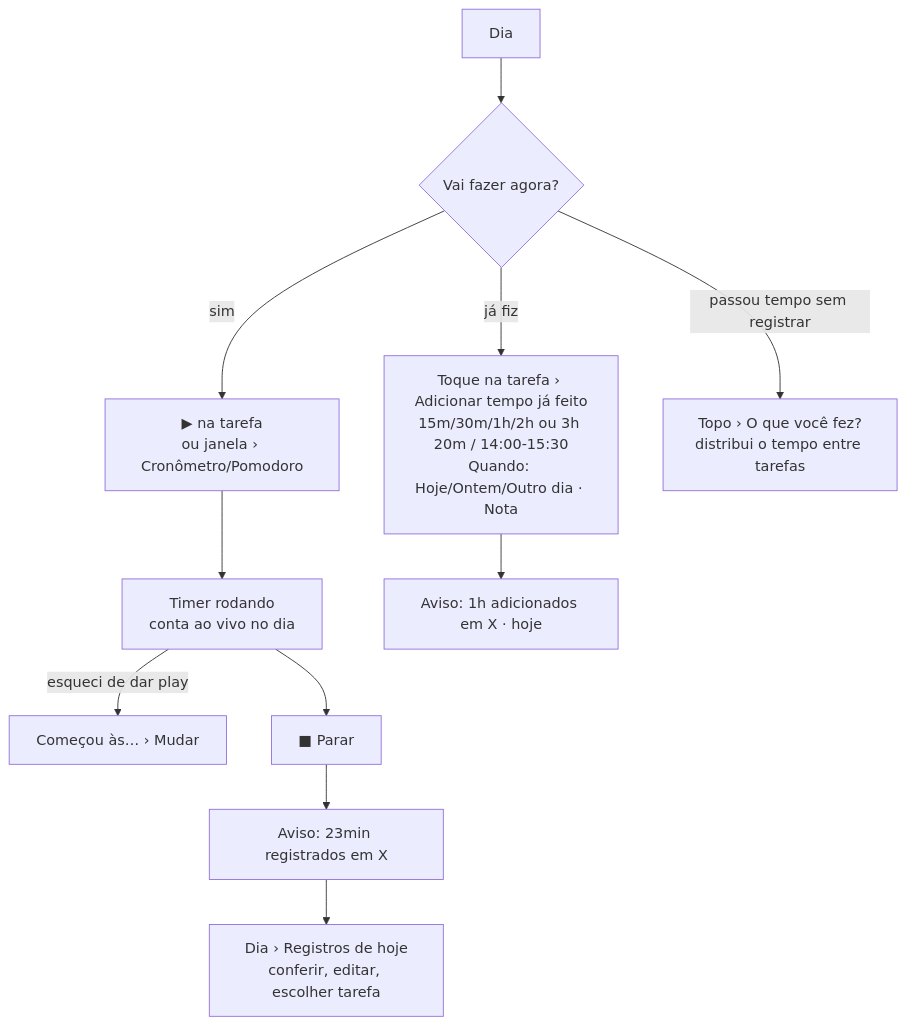
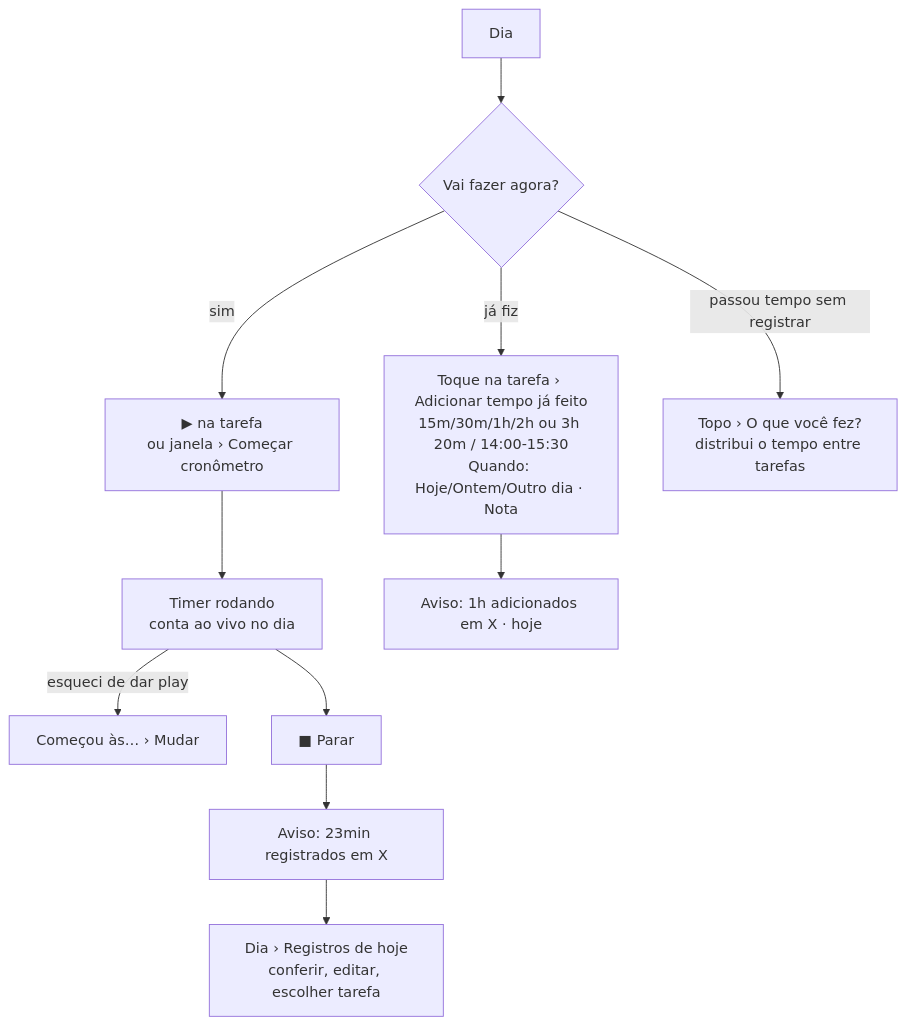
One commit to lucaslanpdsa/margem changed the second of 3 diagrams in docs/03-fluxos.md. Above: the diagram before and after it, drawn with Mermaid. The commit also changed other lines of this file and 46 other files, not shown here.

````diff
--- a/docs/03-fluxos.md
+++ b/docs/03-fluxos.md
@@ -42,12 +42,12 @@
 ```mermaid
 flowchart TD
   S[Dia] --> P{Vai fazer agora?}
-  P -- sim --> Play[▶ na tarefa<br/>ou janela › Cronômetro/Pomodoro]
+  P -- sim --> Play[▶ na tarefa<br/>ou janela › Começar cronômetro]
   Play --> Run[Timer rodando<br/>conta ao vivo no dia]
   Run -- esqueci de dar play --> Adj[Começou às… › Mudar]
   Run --> Stop[■ Parar] --> T1[Aviso: 23min registrados em X]
   P -- já fiz --> Add[Toque na tarefa › Adicionar tempo já feito<br/>15m/30m/1h/2h ou 3h 20m / 14:00-15:30<br/>Quando: Hoje/Ontem/Outro dia · Nota]
   Add --> T2[Aviso: 1h adicionados em X · hoje]
   P -- passou tempo sem registrar --> Gap[Topo › O que você fez?<br/>distribui o tempo entre tarefas]
   T1 --> Rev[Dia › Registros de hoje<br/>conferir, editar, escolher tarefa]
 ```
````
